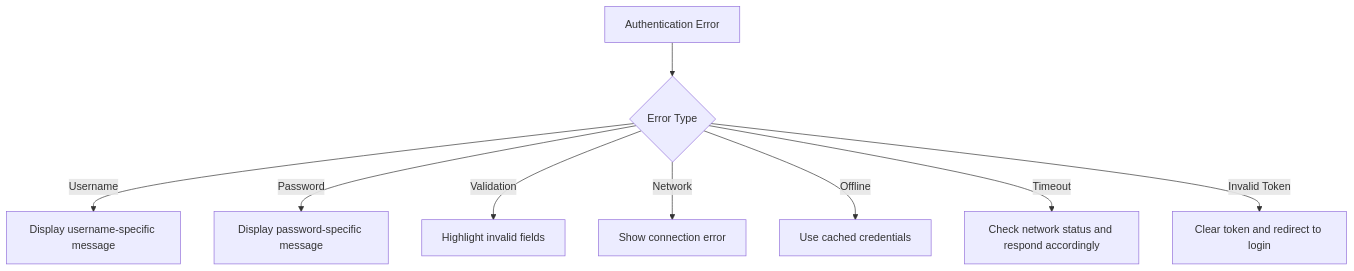
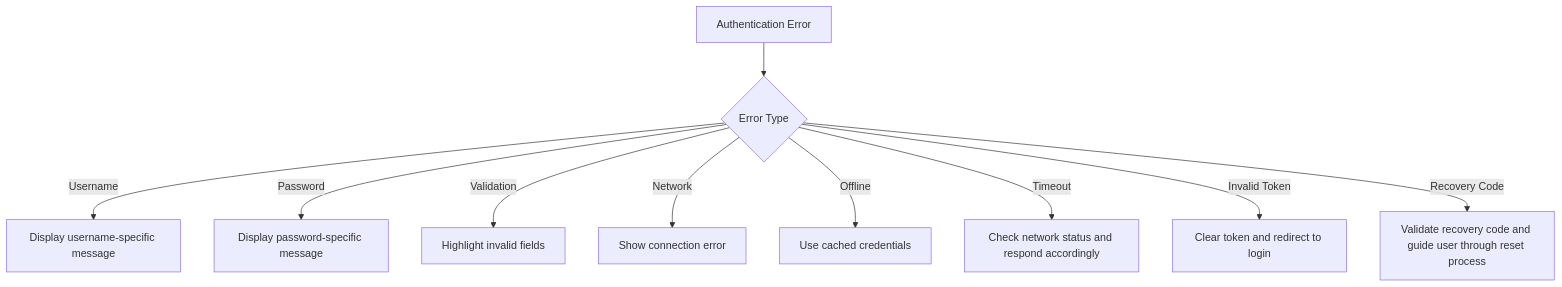
One commit to amiirbazzii/Expense-Tracker---Warp changed the sixth of 7 diagrams in .qoder/repowiki/en/content/Feature-Specific Documentation/Authentication System.md. Above: the diagram before and after it, drawn with Mermaid. The commit also changed other lines of this file and 15 other files, not shown here.

````diff
--- a/.qoder/repowiki/en/content/Feature-Specific Documentation/Authentication System.md
+++ b/.qoder/repowiki/en/content/Feature-Specific Documentation/Authentication System.md
@@ -665,11 +988,12 @@
 ```mermaid
 flowchart TD
 A["Authentication Error"] --> B{"Error Type"}
 B --> |Username| C["Display username-specific message"]
 B --> |Password| D["Display password-specific message"]
 B --> |Validation| E["Highlight invalid fields"]
 B --> |Network| F["Show connection error"]
 B --> |Offline| G["Use cached credentials"]
 B --> |Timeout| H["Check network status and respond accordingly"]
 B --> |Invalid Token| I["Clear token and redirect to login"]
+B --> |Recovery Code| J["Validate recovery code and guide user through reset process"]
 ```
````
